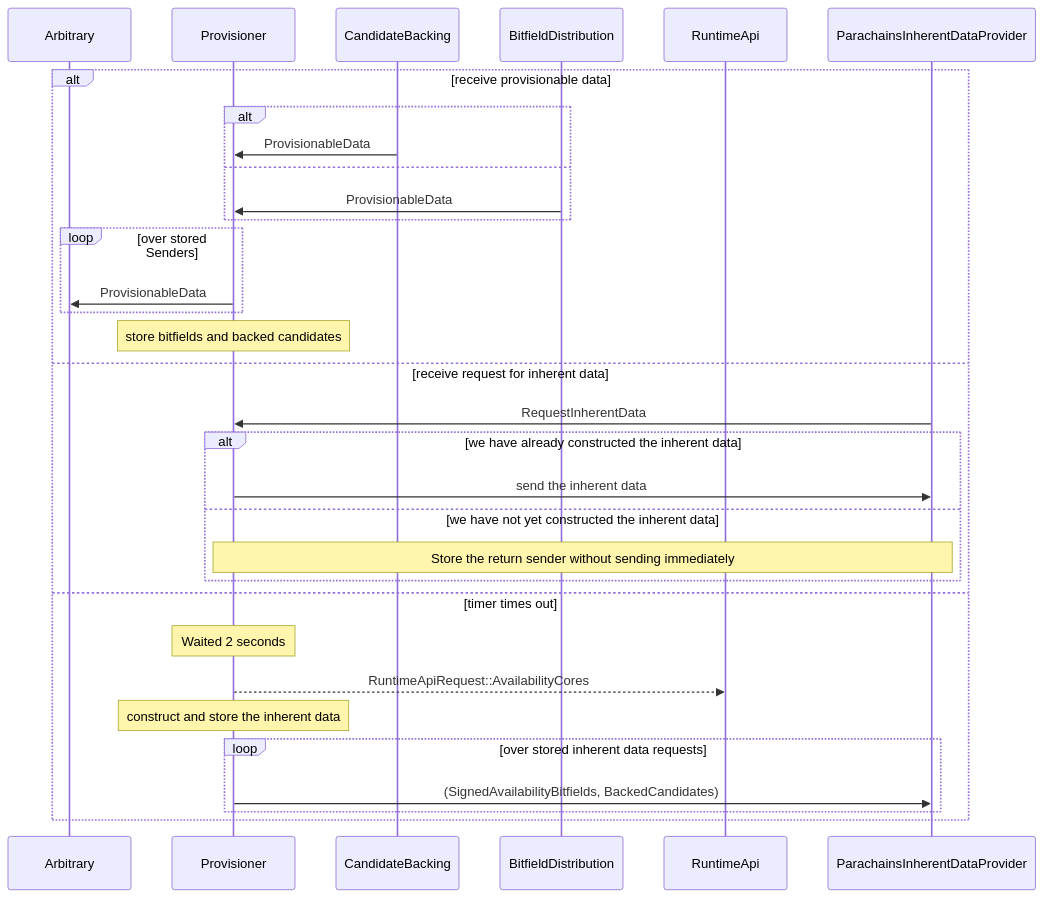
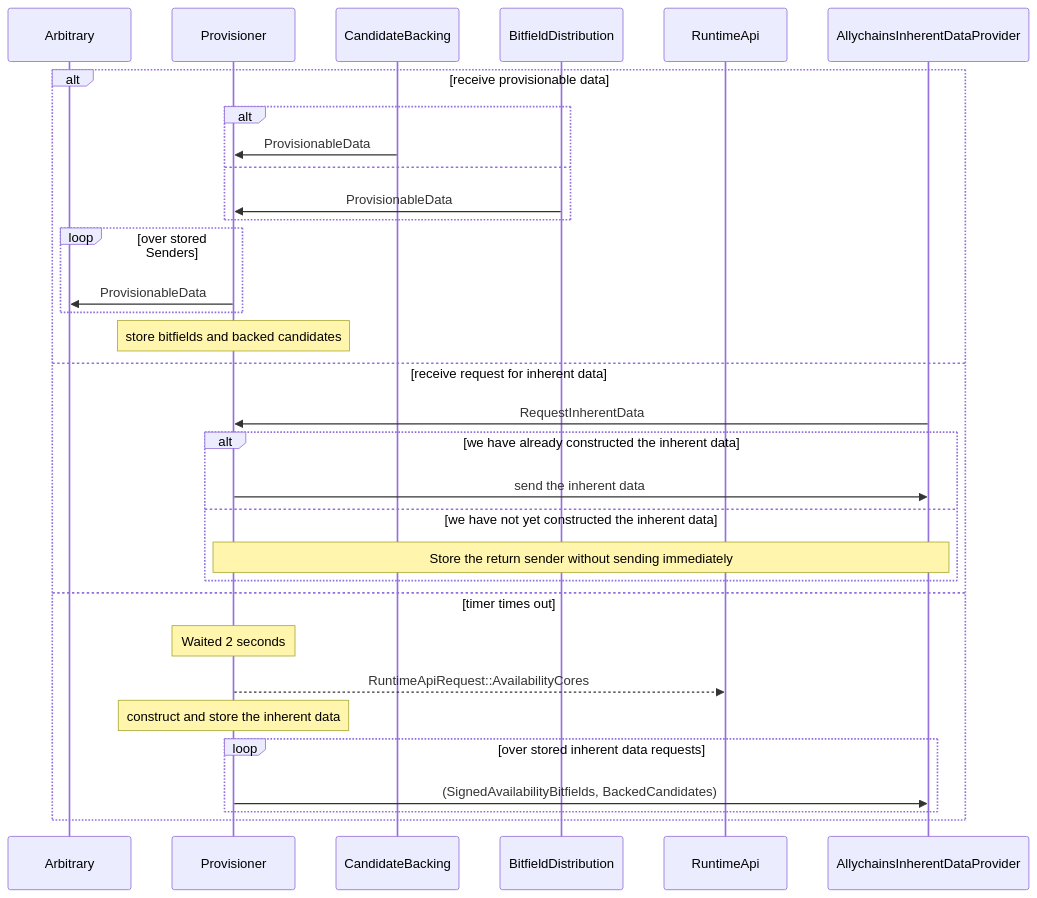
One commit to axtend/axia changed the ninth of 9 diagrams in roadmap/implementers-guide/src/node/subsystems-and-jobs.md. Above: the diagram before and after it, drawn with Mermaid. The commit also changed other lines of this file and 1081 other files, not shown here.

````diff
--- a/roadmap/implementers-guide/src/node/subsystems-and-jobs.md
+++ b/roadmap/implementers-guide/src/node/subsystems-and-jobs.md
@@ -376,37 +376,37 @@
 ```mermaid
 sequenceDiagram
     participant A as Arbitrary
     participant PV as Provisioner
     participant CB as CandidateBacking
     participant BD as BitfieldDistribution
     participant RA as RuntimeApi
-    participant PI as ParachainsInherentDataProvider
+    participant PI as AllychainsInherentDataProvider
 
     alt receive provisionable data
         alt
             CB ->> PV: ProvisionableData
         else
             BD ->> PV: ProvisionableData
         end
 
         loop over stored Senders
             PV ->> A: ProvisionableData
         end
 
         Note over PV: store bitfields and backed candidates
     else receive request for inherent data
         PI ->> PV: RequestInherentData
         alt we have already constructed the inherent data
             PV ->> PI: send the inherent data
         else we have not yet constructed the inherent data
             Note over PV,PI: Store the return sender without sending immediately
         end
     else timer times out
         note over PV: Waited 2 seconds
         PV -->> RA: RuntimeApiRequest::AvailabilityCores
         Note over PV: construct and store the inherent data
         loop over stored inherent data requests
             PV ->> PI: (SignedAvailabilityBitfields, BackedCandidates)
         end
     end
 ```
````
